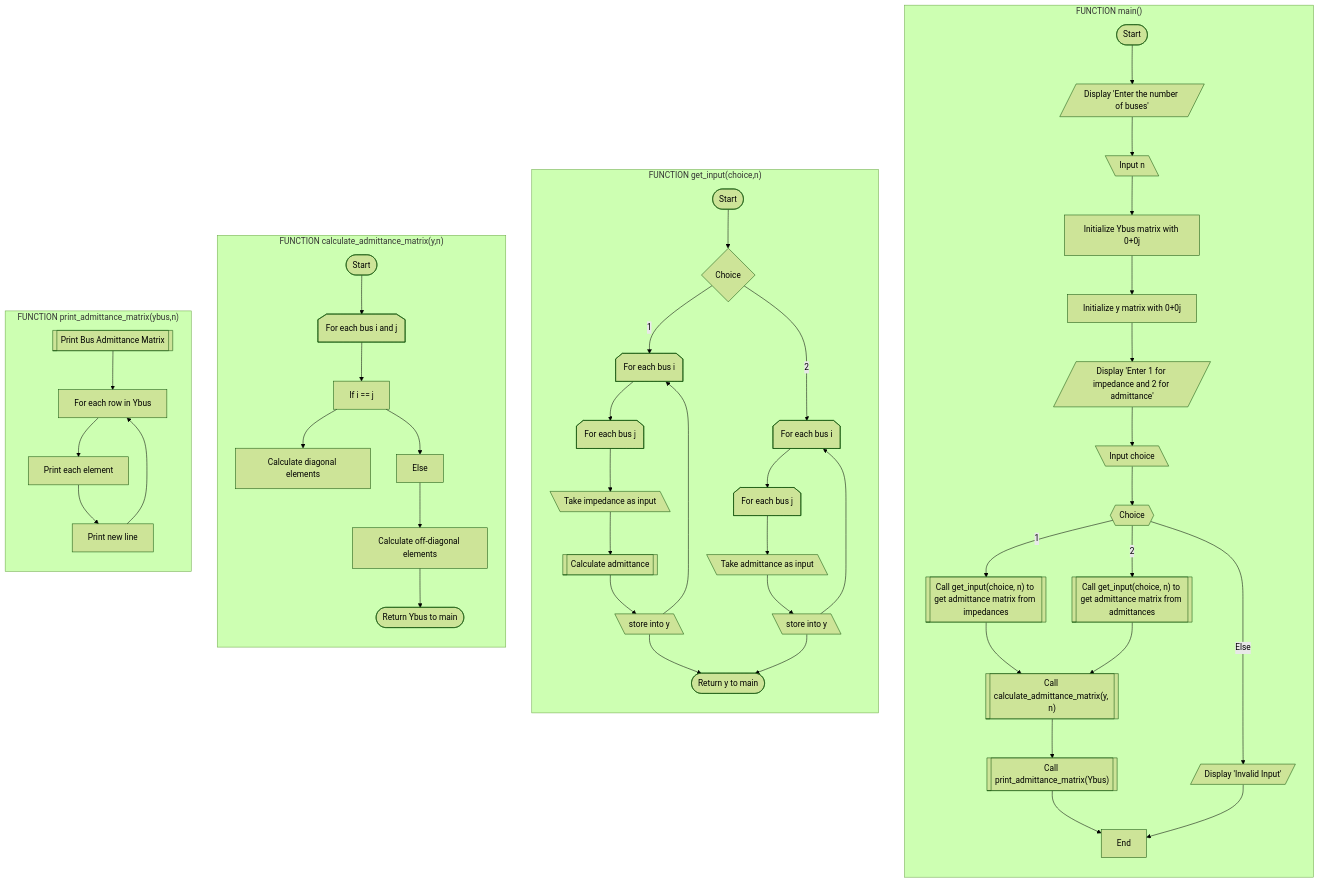
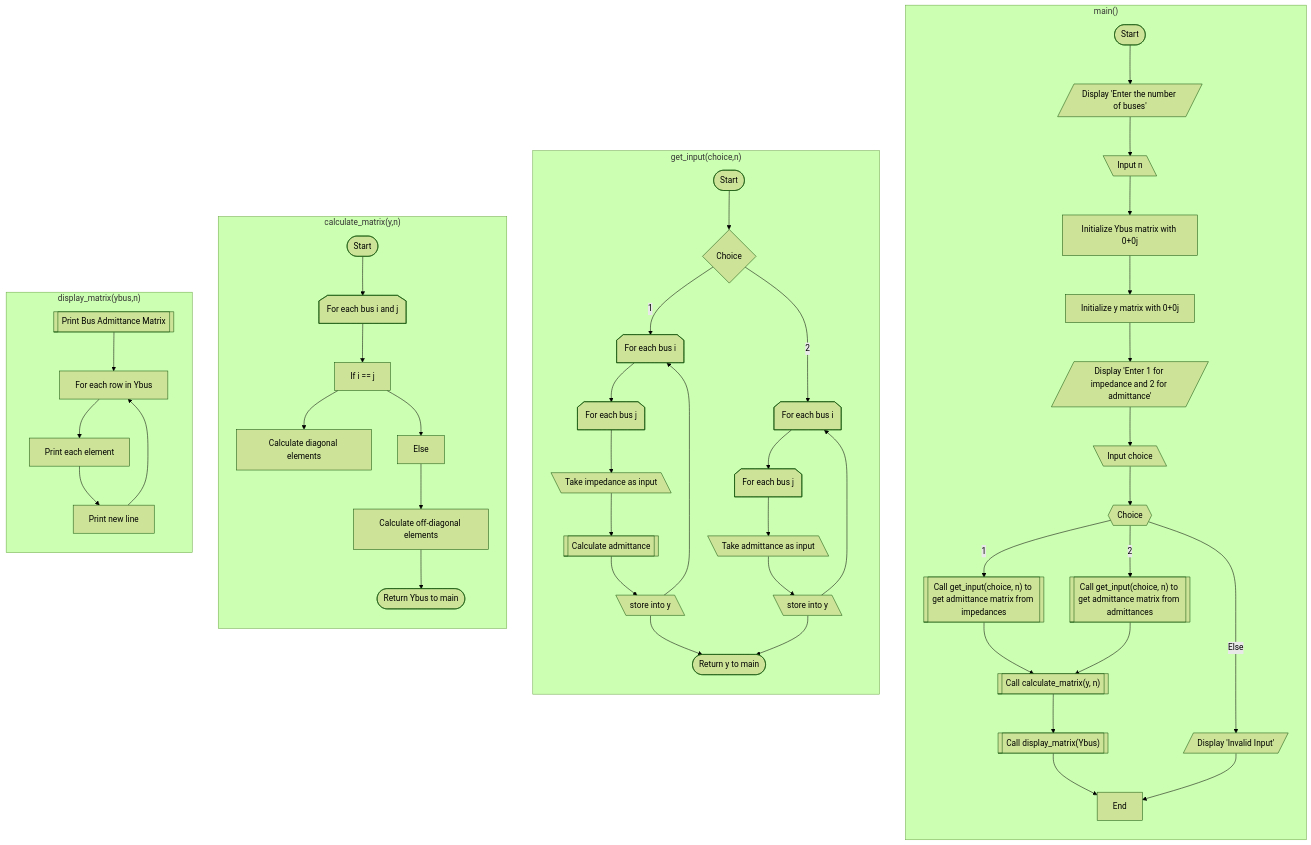
Before and after one commit to Sree2011/codes-loadflow-analysis: the second of 2 diagrams in README.md, drawn with Mermaid (forest theme). The commit also changed other lines of this file, not shown here.

````diff
--- a/README.md
+++ b/README.md
@@ -141,63 +141,63 @@
 ```mermaid
 graph TD
-   subgraph "FUNCTION main()"
+   subgraph "main()"
    direction TB
       A([Start]) --> B[Display 'Enter the number of buses']@{shape: lean-right}
       B --> B1[Input n]@{shape: lean-left}
       B1 --> C[Initialize Ybus matrix with 0+0j]
       C --> D[Initialize y matrix with 0+0j]
       D --> E[Display 'Enter 1 for impedance and 2 for admittance']@{shape: lean-right}
       E --> E1[Input choice]@{shape: lean-left}
       E1 --> F[Choice]@{shape: hex}
       F -->|1| G[["Call get_input(choice, n) to get admittance matrix from impedances"]]
       F -->|2| H[["Call get_input(choice, n) to get admittance matrix from admittances"]]
       F --> |Else| AB[Display 'Invalid Input']@{shape: lean-right}
-      G --> I[["Call calculate_admittance_matrix(y, n)"]]
+      G --> I[["Call calculate_matrix(y, n)"]]
       H --> I
-      I --> J[["Call print_admittance_matrix(Ybus)"]]
+      I --> J[["Call display_matrix(Ybus)"]]
       J --> K[End]
       AB --> K
    end
-   subgraph "FUNCTION get_input(choice,n)"
+   subgraph "get_input(choice,n)"
    direction TB
       V[Start]@{shape: stadium} --> K2{Choice}
       K2 --> |1| L1{For each bus i}@{shape: notch-pent}
       L1 --> L2{For each bus j}@{shape: notch-pent}
       L2 --> M1[Take impedance as input]@{shape: lean-left}
       M1 --> M2[[Calculate admittance]]
       M2 --> M3[store into y]@{shape: lean-left}
       M3 --> L1
       M3 --> Q1
       
       K2 --> |2| O1{For each bus i}@{shape: notch-pent}
       O1 --> O2{For each bus j}@{shape: notch-pent}
       O2 --> P1[Take admittance as input]@{shape: lean-left}
       P1 --> P2[store into y]@{shape: lean-left}
       P2 --> O1
       P2 --> Q1[Return y to main]@{shape: stadium}
    
      
    end
 
-   subgraph "FUNCTION calculate_admittance_matrix(y,n)"
+   subgraph "calculate_matrix(y,n)"
    direction TB
       R[Start]@{shape: stadium} --> R1[For each bus i and j]@{shape: notch-pent}
       R1 --> S1[If i == j]
       S1 --> T1[Calculate diagonal elements]
       S1 --> U1[Else]
       U1 --> V1[Calculate off-diagonal elements]
       V1 --> W1[Return Ybus to main]@{shape: stadium}
    end
 
-   subgraph "FUNCTION print_admittance_matrix(ybus,n)"
+   subgraph "display_matrix(ybus,n)"
    direction TB
       X1[[Print Bus Admittance Matrix]]
       X1 --> Y1[For each row in Ybus]
       Y1 --> Z1[Print each element]
       Z1 --> AA1[Print new line]
       AA1 --> Y1
    end
 
 
 
 ```
````
